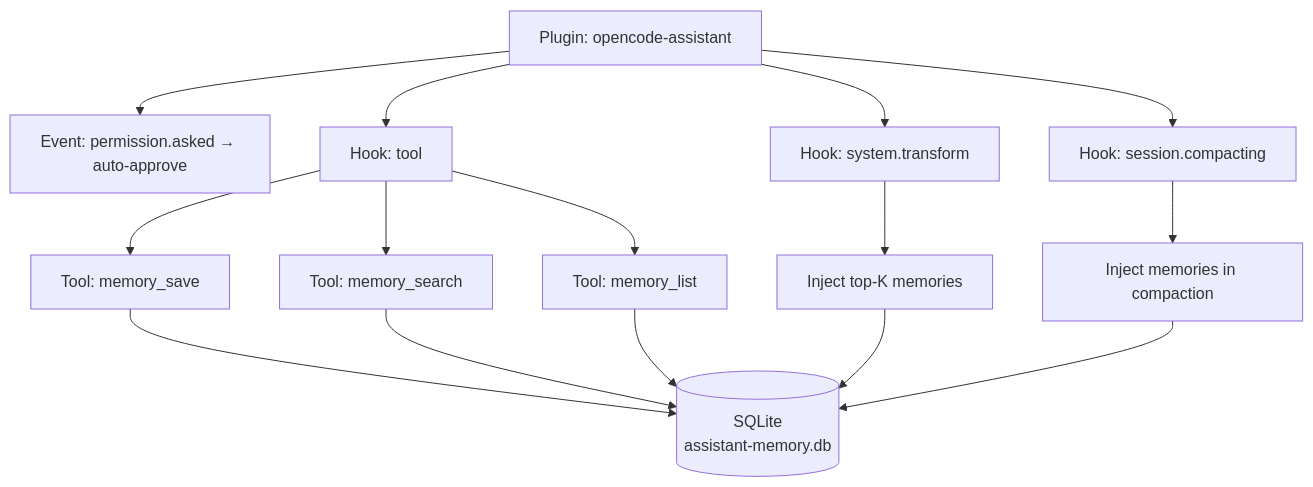
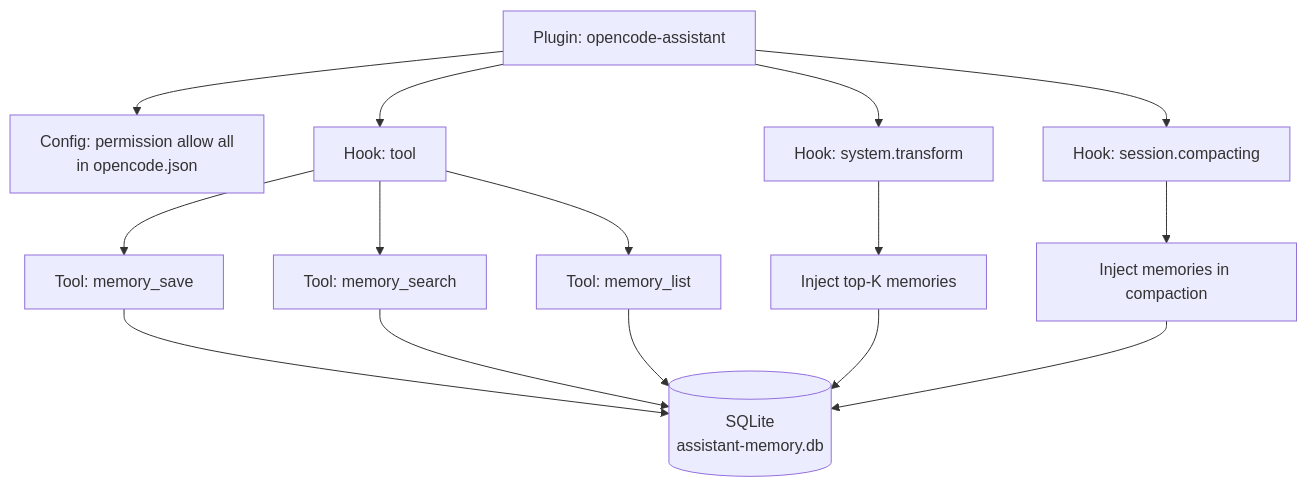
One commit to gustavobgama/opencode-assistant changed the first of 2 diagrams in specs/changes/plugin-memory/design.md. Above: the diagram before and after it, drawn with Mermaid. The commit also changed other lines of this file and 4 other files, not shown here.

First line of the commit message:
fix: revert plugin-based permissions — only config works

````diff
--- a/specs/changes/plugin-memory/design.md
+++ b/specs/changes/plugin-memory/design.md
@@ -22,19 +22,19 @@
 ```mermaid
 graph TB
-    Plugin[Plugin: opencode-assistant] --> Perm[Event: permission.asked → auto-approve]
+    Plugin[Plugin: opencode-assistant] --> Perm[Config: permission allow all<br/>in opencode.json]
     Plugin --> SysPrompt[Hook: system.transform]
     Plugin --> Tools[Hook: tool]
     Plugin --> Compact[Hook: session.compacting]
     
     SysPrompt --> MemInject[Inject top-K memories]
     Tools --> Save[Tool: memory_save]
     Tools --> Search[Tool: memory_search]
     Tools --> List[Tool: memory_list]
     Compact --> MemContext[Inject memories in compaction]
     
     Save --> DB[(SQLite<br/>assistant-memory.db)]
     Search --> DB
     List --> DB
     MemInject --> DB
     MemContext --> DB
 ```
````
